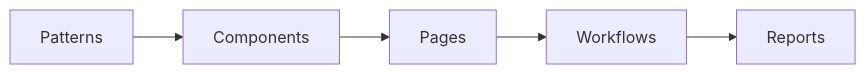
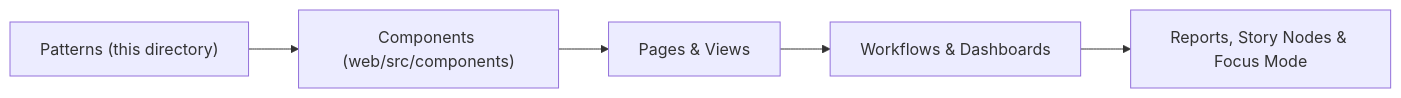
The diagram in docs/accessibility/patterns/README.md (bartytime4life/Kansas-Frontier-Matrix), drawn with Mermaid before and after one commit. The commit also changed other lines of this file, not shown here.

````diff
--- a/docs/accessibility/patterns/README.md
+++ b/docs/accessibility/patterns/README.md
@@ -170,7 +226,13 @@
 ```mermaid
 flowchart LR
-  A["Patterns"] --> B["Components"]
-  B["Components"] --> C["Pages"]
-  C["Pages"] --> D["Workflows"]
-  D["Workflows"] --> E["Reports"]
+  A["Patterns (this directory)"]
+  B["Components (web/src/components)"]
+  C["Pages & Views"]
+  D["Workflows & Dashboards"]
+  E["Reports, Story Nodes & Focus Mode"]
+
+  A --> B
+  B --> C
+  C --> D
+  D --> E
 ```
````
